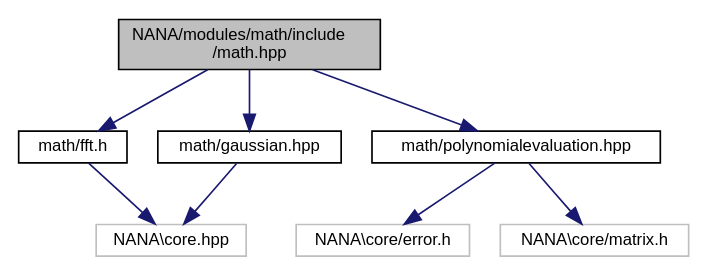
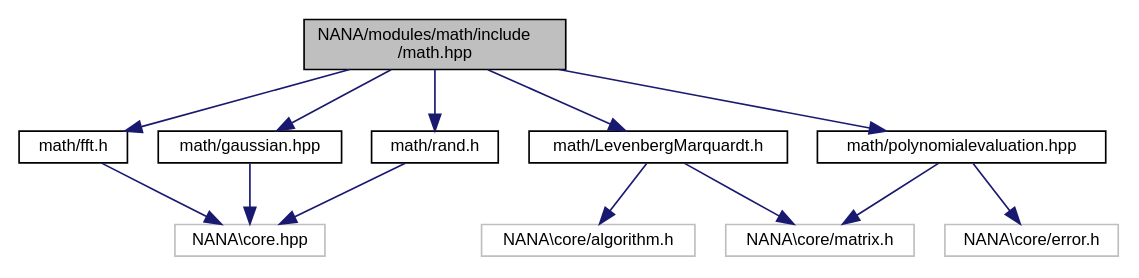
Before and after one commit to YuruTu/NANA: the diagram in docs/math_8hpp__incl.dot, drawn with Graphviz. The commit also changed 123 other files, not shown here.

```diff
--- a/docs/math_8hpp__incl.dot
+++ b/docs/math_8hpp__incl.dot
@@ -1,20 +1,28 @@
 digraph "NANA/modules/math/include/math.hpp"
 {
  // LATEX_PDF_SIZE
   edge [fontname="Helvetica",fontsize="10",labelfontname="Helvetica",labelfontsize="10"];
   node [fontname="Helvetica",fontsize="10",shape=record];
   Node1 [label="NANA/modules/math/include\l/math.hpp",height=0.2,width=0.4,color="black", fillcolor="grey75", style="filled", fontcolor="black",tooltip="实现基本的数学运算"];
   Node1 -> Node2 [color="midnightblue",fontsize="10",style="solid",fontname="Helvetica"];
   Node2 [label="math/fft.h",height=0.2,width=0.4,color="black", fillcolor="white", style="filled",URL="$fft_8h.html",tooltip="实现傅里叶变换相关算法"];
   Node2 -> Node3 [color="midnightblue",fontsize="10",style="solid",fontname="Helvetica"];
   Node3 [label="NANA\\core.hpp",height=0.2,width=0.4,color="grey75", fillcolor="white", style="filled",tooltip=" "];
   Node1 -> Node4 [color="midnightblue",fontsize="10",style="solid",fontname="Helvetica"];
   Node4 [label="math/gaussian.hpp",height=0.2,width=0.4,color="black", fillcolor="white", style="filled",URL="$gaussian_8hpp.html",tooltip="实现高斯相关的算法"];
   Node4 -> Node3 [color="midnightblue",fontsize="10",style="solid",fontname="Helvetica"];
   Node1 -> Node5 [color="midnightblue",fontsize="10",style="solid",fontname="Helvetica"];
-  Node5 [label="math/polynomialevaluation.hpp",height=0.2,width=0.4,color="black", fillcolor="white", style="filled",URL="$polynomialevaluation_8hpp.html",tooltip="实现多项式的求值"];
+  Node5 [label="math/LevenbergMarquardt.h",height=0.2,width=0.4,color="black", fillcolor="white", style="filled",URL="$_levenberg_marquardt_8h.html",tooltip="实现列文伯格-马夸尔特算法"];
   Node5 -> Node6 [color="midnightblue",fontsize="10",style="solid",fontname="Helvetica"];
-  Node6 [label="NANA\\core/error.h",height=0.2,width=0.4,color="grey75", fillcolor="white", style="filled",tooltip=" "];
+  Node6 [label="NANA\\core/matrix.h",height=0.2,width=0.4,color="grey75", fillcolor="white", style="filled",tooltip=" "];
   Node5 -> Node7 [color="midnightblue",fontsize="10",style="solid",fontname="Helvetica"];
-  Node7 [label="NANA\\core/matrix.h",height=0.2,width=0.4,color="grey75", fillcolor="white", style="filled",tooltip=" "];
+  Node7 [label="NANA\\core/algorithm.h",height=0.2,width=0.4,color="grey75", fillcolor="white", style="filled",tooltip=" "];
+  Node1 -> Node8 [color="midnightblue",fontsize="10",style="solid",fontname="Helvetica"];
+  Node8 [label="math/polynomialevaluation.hpp",height=0.2,width=0.4,color="black", fillcolor="white", style="filled",URL="$polynomialevaluation_8hpp.html",tooltip="实现多项式的求值"];
+  Node8 -> Node9 [color="midnightblue",fontsize="10",style="solid",fontname="Helvetica"];
+  Node9 [label="NANA\\core/error.h",height=0.2,width=0.4,color="grey75", fillcolor="white", style="filled",tooltip=" "];
+  Node8 -> Node6 [color="midnightblue",fontsize="10",style="solid",fontname="Helvetica"];
+  Node1 -> Node10 [color="midnightblue",fontsize="10",style="solid",fontname="Helvetica"];
+  Node10 [label="math/rand.h",height=0.2,width=0.4,color="black", fillcolor="white", style="filled",URL="$rand_8h.html",tooltip="增加随机算法"];
+  Node10 -> Node3 [color="midnightblue",fontsize="10",style="solid",fontname="Helvetica"];
 }
```
